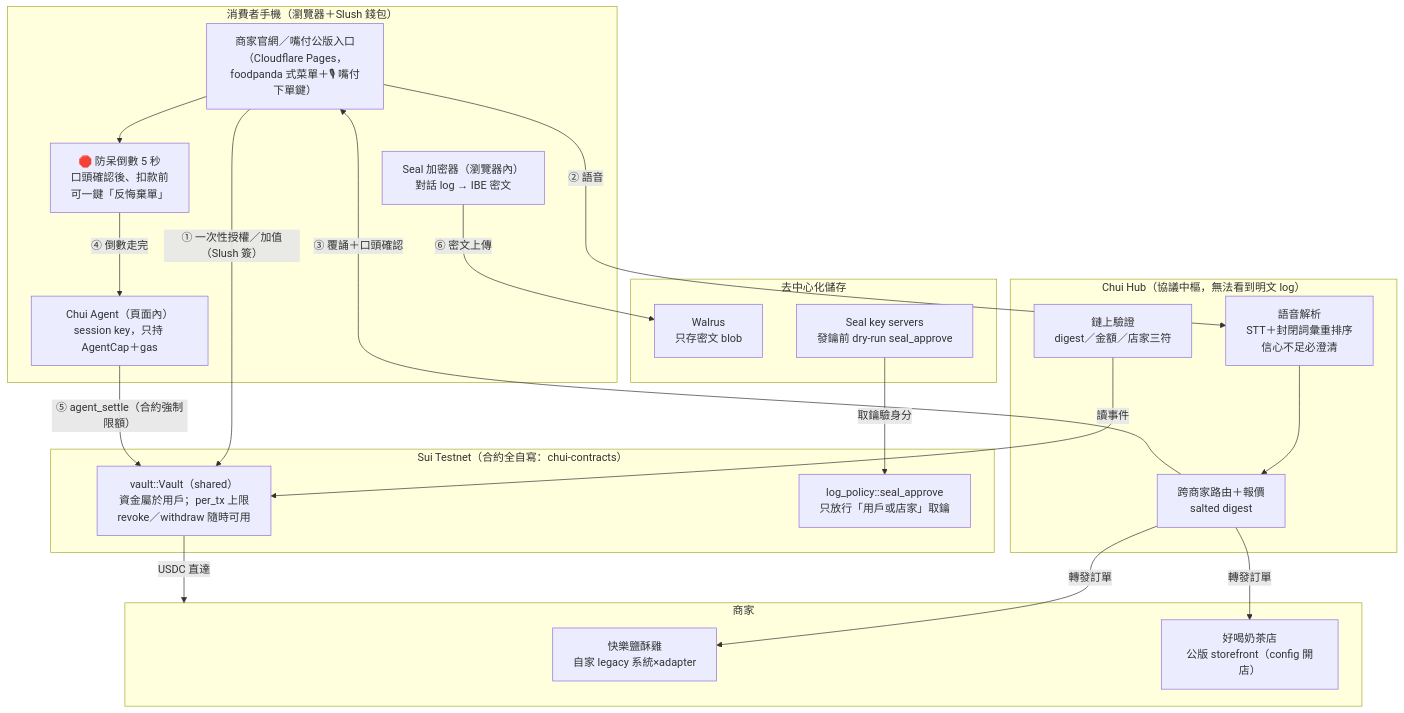
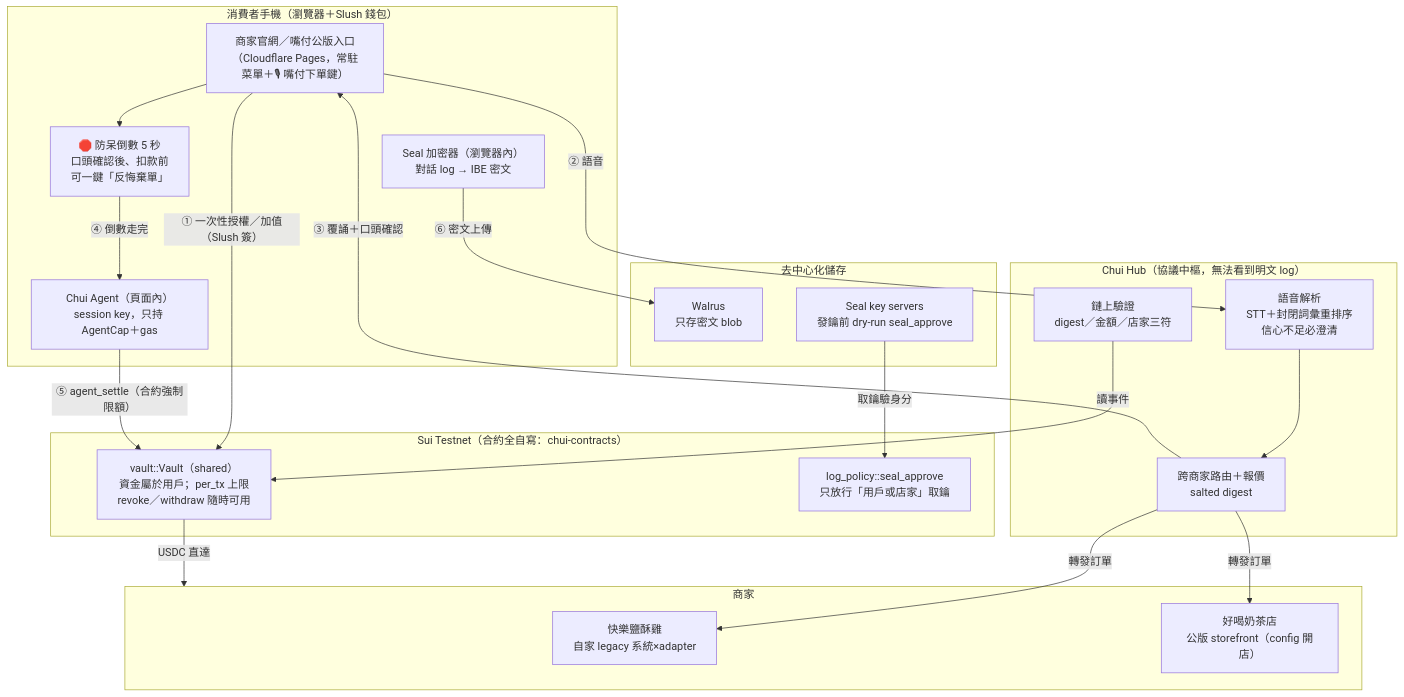
Before and after one commit to chuiprotocol/chui-app: the diagram in README.md, drawn with Mermaid. The commit also changed other lines of this file and 9 other files, not shown here.

````diff
--- a/README.md
+++ b/README.md
@@ -88,39 +88,39 @@
 ```mermaid
 flowchart TB
     subgraph phone["消費者手機（瀏覽器＋Slush 錢包）"]
-        UI["商家官網／嘴付公版入口<br/>（Cloudflare Pages，foodpanda 式菜單＋🎙 嘴付下單鍵）"]
+        UI["商家官網／嘴付公版入口<br/>（Cloudflare Pages，常駐菜單＋🎙 嘴付下單鍵）"]
         AGENT["Chui Agent（頁面內）<br/>session key，只持 AgentCap＋gas"]
         REGRET["🛑 防呆倒數 5 秒<br/>口頭確認後、扣款前<br/>可一鍵「反悔棄單」"]
         SEAL["Seal 加密器（瀏覽器內）<br/>對話 log → IBE 密文"]
     end
     subgraph hub["Chui Hub（協議中樞，無法看到明文 log）"]
         PARSE["語音解析<br/>STT＋封閉詞彙重排序<br/>信心不足必澄清"]
         ROUTE["跨商家路由＋報價<br/>salted digest"]
         VERIFY["鏈上驗證<br/>digest／金額／店家三符"]
     end
     subgraph merchants["商家"]
         MA["快樂鹽酥雞<br/>自家 legacy 系統×adapter"]
         MB["好喝奶茶店<br/>公版 storefront（config 開店）"]
     end
     subgraph sui["Sui Testnet（合約全自寫：chui-contracts）"]
         VAULT["vault::Vault（shared）<br/>資金屬於用戶；per_tx 上限<br/>revoke／withdraw 隨時可用"]
         POLICY["log_policy::seal_approve<br/>只放行「用戶或店家」取鑰"]
     end
     subgraph storage["去中心化儲存"]
         WALRUS["Walrus<br/>只存密文 blob"]
         KS["Seal key servers<br/>發鑰前 dry-run seal_approve"]
     end
 
     UI -->|"① 一次性授權／加值（Slush 簽）"| VAULT
     UI -->|"② 語音"| PARSE --> ROUTE
     ROUTE -->|"③ 覆誦＋口頭確認"| UI
     UI --> REGRET
     REGRET -->|"④ 倒數走完"| AGENT
     AGENT -->|"⑤ agent_settle（合約強制限額）"| VAULT
     VAULT -->|"USDC 直達"| merchants
     ROUTE -->|轉發訂單| MA
     ROUTE -->|轉發訂單| MB
     VERIFY -->|讀事件| VAULT
     SEAL -->|"⑥ 密文上傳"| WALRUS
     KS -->|取鑰驗身分| POLICY
 ```
````
